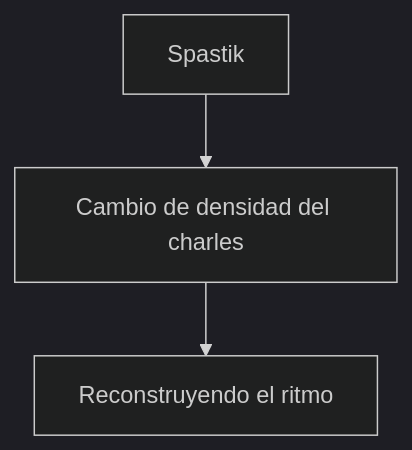
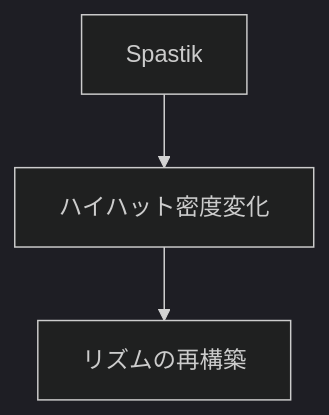
Before and after one commit to monumental-movement/monumental-movement.github.io: the second of 7 diagrams in es/_posts/2025-10-24-column-plastikman-richie-hawtin.md, drawn with Mermaid (dark theme). The commit also changed other lines of this file and 299 other files, not shown here.

```diff
--- a/es/_posts/2025-10-24-column-plastikman-richie-hawtin.md
+++ b/es/_posts/2025-10-24-column-plastikman-richie-hawtin.md
@@ -198,7 +198,7 @@
 <div class="mermaid">
 
 graph TD
-    A[Spastik] --> B[Cambio de densidad del charles]
-    B --> C[Reconstruyendo el ritmo]
+    A[Spastik] --> B[ハイハット密度変化]
+    B --> C[リズムの再構築]
 
 </div>
```
